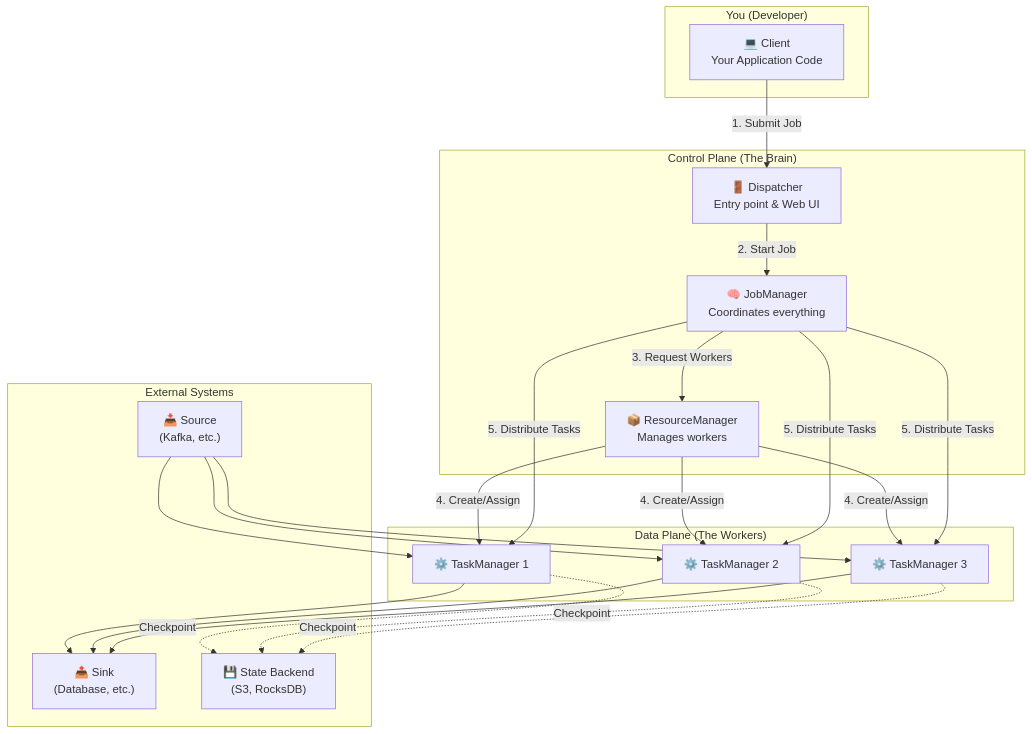
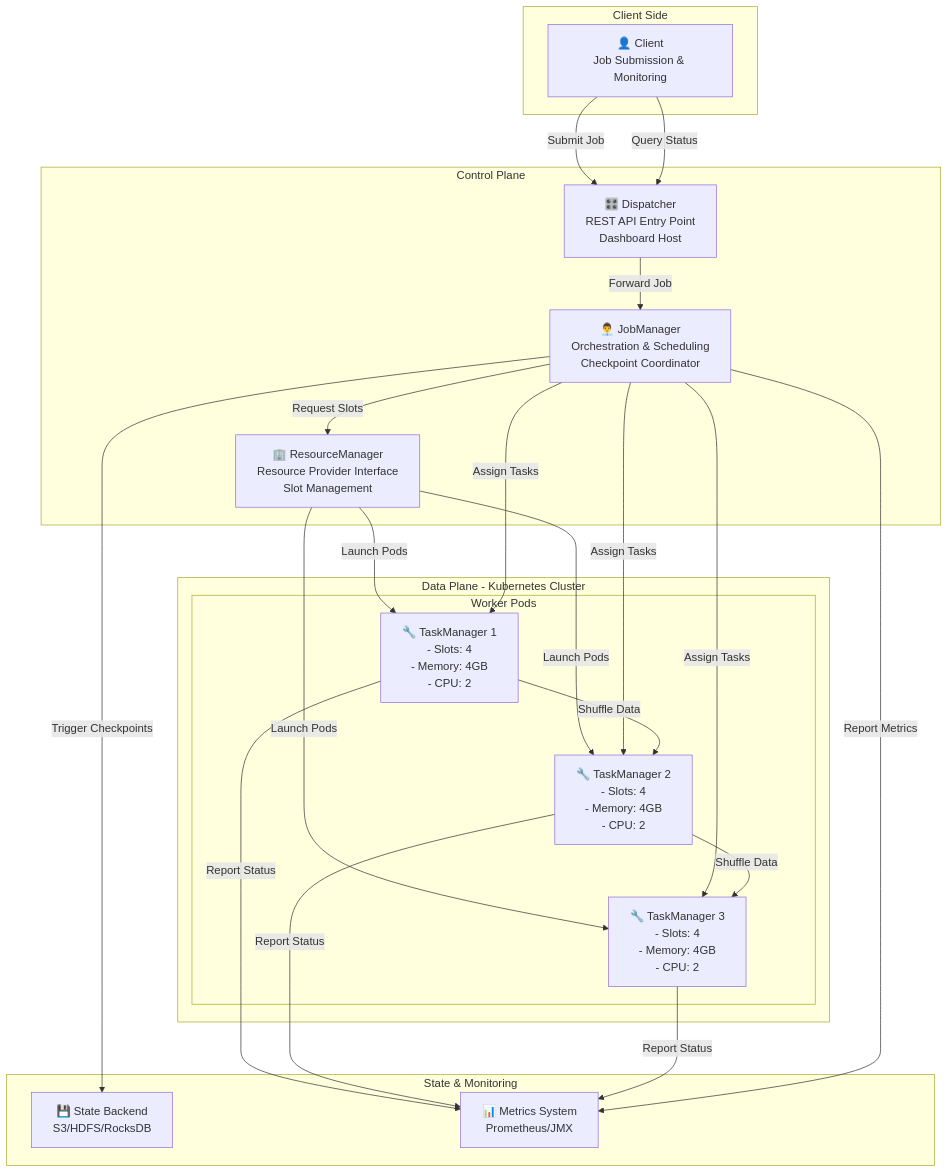
The first of 7 diagrams in docs/01-flink-operational-essentials.md (mainul098/flink-learning), drawn with Mermaid before and after one commit. The commit also changed other lines of this file, not shown here.

````diff
--- a/docs/01-flink-operational-essentials.md
+++ b/docs/01-flink-operational-essentials.md
@@ -137,47 +223,47 @@
 ```mermaid
 graph TB
-    subgraph "You (Developer)"
-        Client["💻 Client<br/>Your Application Code"]
+    subgraph "Client Side"
+        Client["👤 Client<br/>Job Submission & Monitoring"]
     end
 
-    subgraph "Control Plane (The Brain)"
-        JM["🧠 JobManager<br/>Coordinates everything"]
-        RM["📦 ResourceManager<br/>Manages workers"]
-        Dispatcher["🚪 Dispatcher<br/>Entry point & Web UI"]
+    subgraph "Control Plane"
+        Dispatcher["🎛️ Dispatcher<br/>REST API Entry Point<br/>Dashboard Host"]
+        JobManager["👨‍💼 JobManager<br/>Orchestration & Scheduling<br/>Checkpoint Coordinator"]
+        ResourceManager["🏢 ResourceManager<br/>Resource Provider Interface<br/>Slot Management"]
     end
 
-    subgraph "Data Plane (The Workers)"
-        TM1["⚙️ TaskManager 1"]
-        TM2["⚙️ TaskManager 2"]
-        TM3["⚙️ TaskManager 3"]
+    subgraph "Data Plane - Kubernetes Cluster"
+        subgraph "Worker Pods"
+            TM1["🔧 TaskManager 1<br/>- Slots: 4<br/>- Memory: 4GB<br/>- CPU: 2"]
+            TM2["🔧 TaskManager 2<br/>- Slots: 4<br/>- Memory: 4GB<br/>- CPU: 2"]
+            TM3["🔧 TaskManager 3<br/>- Slots: 4<br/>- Memory: 4GB<br/>- CPU: 2"]
+        end
     end
 
-    subgraph "External Systems"
-        Source["📥 Source<br/>(Kafka, etc.)"]
-        Sink["📤 Sink<br/>(Database, etc.)"]
-        State["💾 State Backend<br/>(S3, RocksDB)"]
+    subgraph "State & Monitoring"
+        StateBackend["💾 State Backend<br/>S3/HDFS/RocksDB"]
+        Metrics["📊 Metrics System<br/>Prometheus/JMX"]
     end
 
-    Client -->|"1. Submit Job"| Dispatcher
-    Dispatcher -->|"2. Start Job"| JM
-    JM -->|"3. Request Workers"| RM
-    RM -->|"4. Create/Assign"| TM1
-    RM -->|"4. Create/Assign"| TM2
-    RM -->|"4. Create/Assign"| TM3
+    Client -->|Submit Job| Dispatcher
+    Dispatcher -->|Forward Job| JobManager
 
-    JM -->|"5. Distribute Tasks"| TM1
-    JM -->|"5. Distribute Tasks"| TM2
-    JM -->|"5. Distribute Tasks"| TM3
+    JobManager -->|Request Slots| ResourceManager
+    ResourceManager -->|Launch Pods| TM1
+    ResourceManager -->|Launch Pods| TM2
+    ResourceManager -->|Launch Pods| TM3
 
-    Source --> TM1
-    Source --> TM2
-    Source --> TM3
+    JobManager -->|Assign Tasks| TM1
+    JobManager -->|Assign Tasks| TM2
+    JobManager -->|Assign Tasks| TM3
+    JobManager -->|Trigger Checkpoints| StateBackend
 
-    TM1 --> Sink
-    TM2 --> Sink
-    TM3 --> Sink
+    TM1 -->|Shuffle Data| TM2
+    TM2 -->|Shuffle Data| TM3
+    TM1 -->|Report Status| Metrics
+    TM2 -->|Report Status| Metrics
+    TM3 -->|Report Status| Metrics
+    JobManager -->|Report Metrics| Metrics
 
-    TM1 -.->|"Checkpoint"| State
-    TM2 -.->|"Checkpoint"| State
-    TM3 -.->|"Checkpoint"| State
+    Client -->|Query Status| Dispatcher
 ```
````
